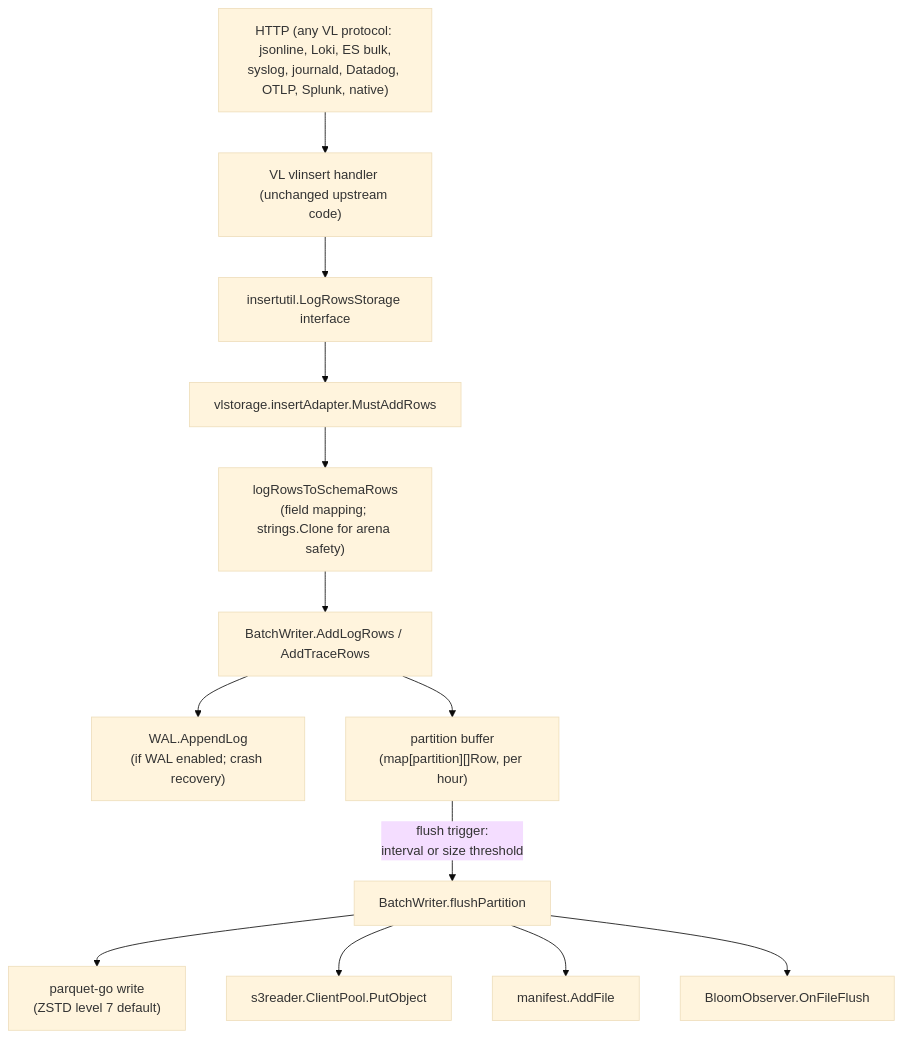
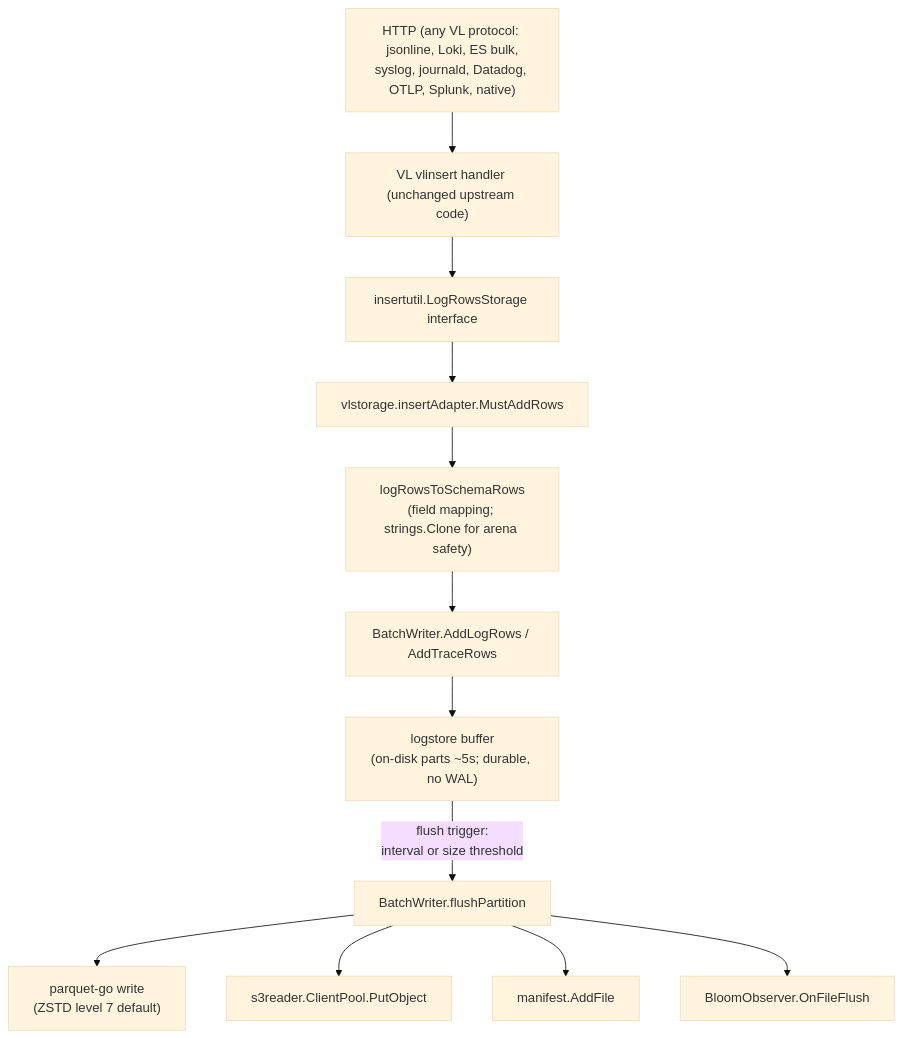
Before and after one commit to ReliablyObserve/victoria-lakehouse: the fourth of 7 diagrams in docs/architecture.md, drawn with Mermaid (base theme). The commit also changed other lines of this file and 5 other files, not shown here.

````diff
--- a/docs/architecture.md
+++ b/docs/architecture.md
@@ -103,15 +103,14 @@
 ```mermaid
 flowchart TD
     A["HTTP (any VL protocol: jsonline, Loki, ES bulk,\nsyslog, journald, Datadog, OTLP, Splunk, native)"] --> B["VL vlinsert handler (unchanged upstream code)"]
     B --> C[insertutil.LogRowsStorage interface]
     C --> D[vlstorage.insertAdapter.MustAddRows]
     D --> E["logRowsToSchemaRows\n(field mapping; strings.Clone for arena safety)"]
     E --> F[BatchWriter.AddLogRows / AddTraceRows]
-    F --> G["WAL.AppendLog\n(if WAL enabled; crash recovery)"]
-    F --> H["partition buffer\n(map[partition][]Row, per hour)"]
+    F --> H["logstore buffer\n(on-disk parts ~5s; durable, no WAL)"]
     H -->|"flush trigger:\ninterval or size threshold"| I[BatchWriter.flushPartition]
     I --> J["parquet-go write\n(ZSTD level 7 default)"]
     I --> K[s3reader.ClientPool.PutObject]
     I --> L[manifest.AddFile]
     I --> M[BloomObserver.OnFileFlush]
 ```
````
